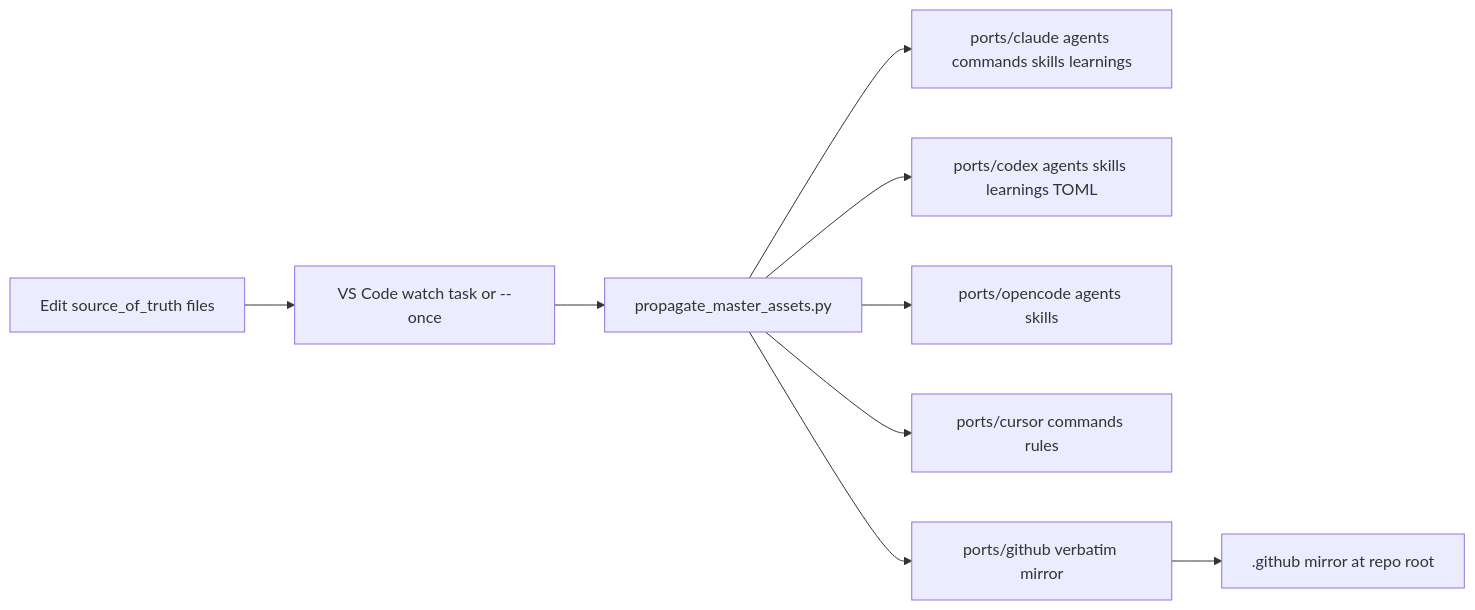
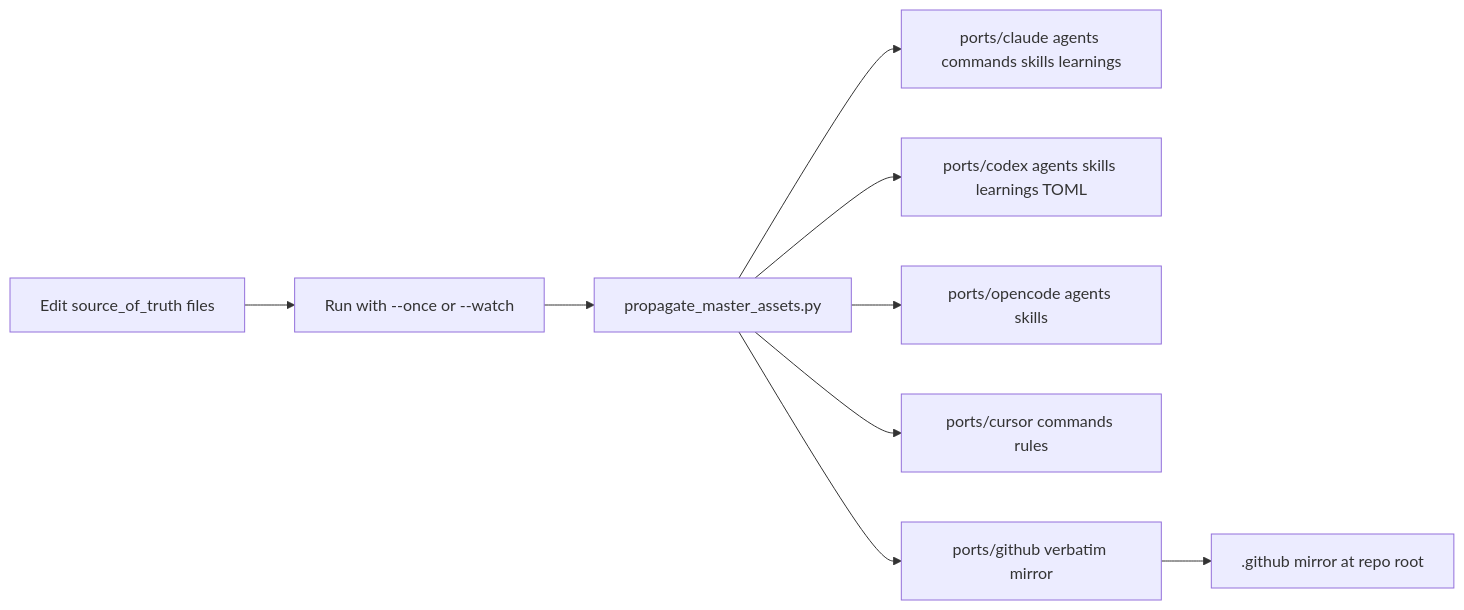
One commit to threnjen/thren-agentic-workflows changed the second of 4 diagrams in docs/ARCHITECTURE.md. Above: the diagram before and after it, drawn with Mermaid. The commit also changed other lines of this file and 400 other files, not shown here.

````diff
--- a/docs/ARCHITECTURE.md
+++ b/docs/ARCHITECTURE.md
@@ -55,11 +54,11 @@
 ```mermaid
 flowchart LR
-    Author[Edit source_of_truth files] --> Watcher[VS Code watch task or --once]
+    Author[Edit source_of_truth files] --> Watcher[Run with --once or --watch]
     Watcher --> Script[propagate_master_assets.py]
     Script --> ClaudeOut[ports/claude agents commands skills learnings]
     Script --> CodexOut[ports/codex agents skills learnings TOML]
     Script --> OpenCodeOut[ports/opencode agents skills]
     Script --> CursorOut[ports/cursor commands rules]
     Script --> GithubPort[ports/github verbatim mirror]
     GithubPort --> DotGithub[.github mirror at repo root]
 ```
````
